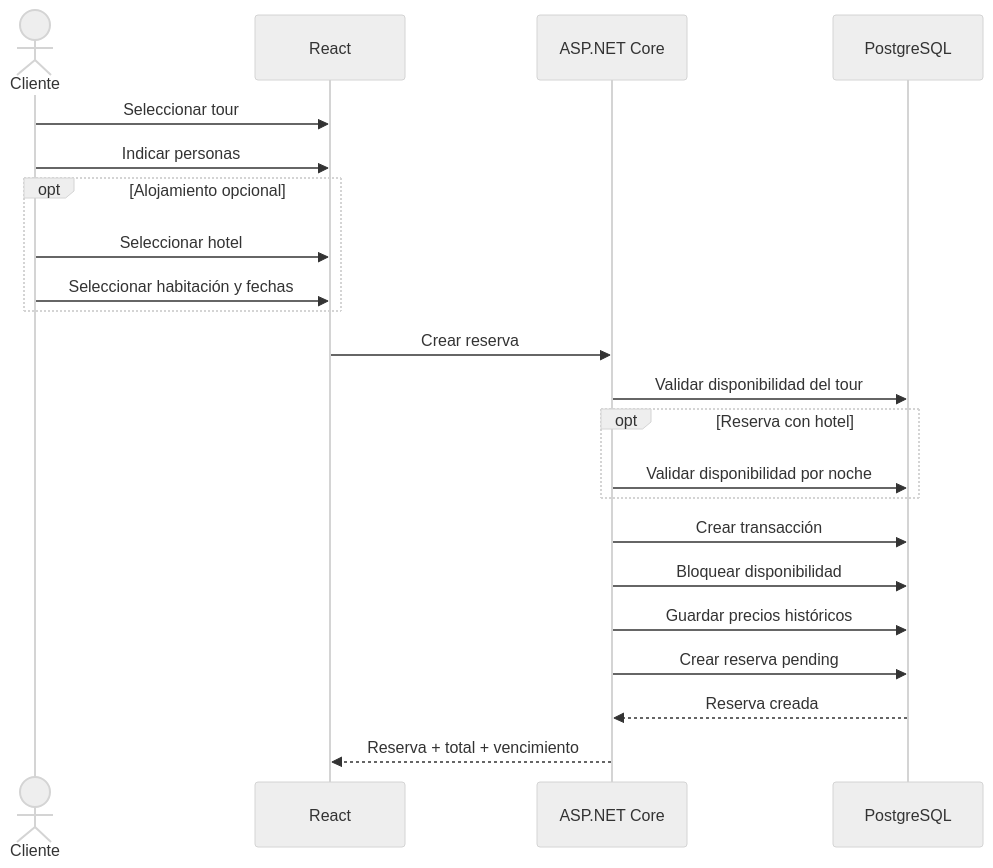
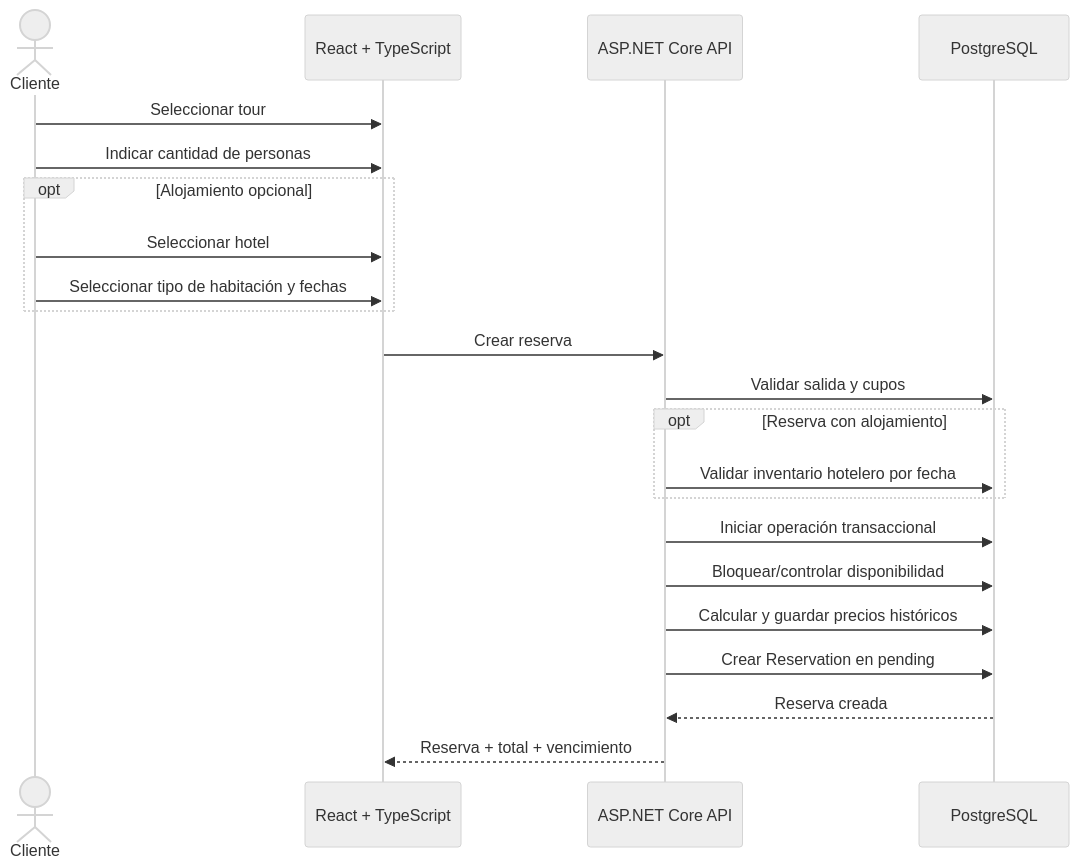
Before and after one commit to AiColleman/DMGoTravell: the third of 5 diagrams in README.md, drawn with Mermaid (neutral theme). The commit also changed other lines of this file, not shown here.

Commit message:
fix: update README.md for clarity and completeness in project description, objectives, and architecture details

````diff
--- a/README.md
+++ b/README.md
@@ -429,33 +437,31 @@
 ```mermaid
 sequenceDiagram
 
     actor Cliente
-    participant React
-    participant API as ASP.NET Core
+    participant Front as React + TypeScript
+    participant API as ASP.NET Core API
     participant DB as PostgreSQL
 
-    Cliente->>React: Seleccionar tour
-    Cliente->>React: Indicar personas
+    Cliente->>Front: Seleccionar tour
+    Cliente->>Front: Indicar cantidad de personas
 
     opt Alojamiento opcional
-        Cliente->>React: Seleccionar hotel
-        Cliente->>React: Seleccionar habitación y fechas
+        Cliente->>Front: Seleccionar hotel
+        Cliente->>Front: Seleccionar tipo de habitación y fechas
     end
 
-    React->>API: Crear reserva
+    Front->>API: Crear reserva
+    API->>DB: Validar salida y cupos
 
-    API->>DB: Validar disponibilidad del tour
-
-    opt Reserva con hotel
-        API->>DB: Validar disponibilidad por noche
+    opt Reserva con alojamiento
+        API->>DB: Validar inventario hotelero por fecha
     end
 
-    API->>DB: Crear transacción
-
-    API->>DB: Bloquear disponibilidad
-    API->>DB: Guardar precios históricos
-    API->>DB: Crear reserva pending
+    API->>DB: Iniciar operación transaccional
+    API->>DB: Bloquear/controlar disponibilidad
+    API->>DB: Calcular y guardar precios históricos
+    API->>DB: Crear Reservation en pending
 
     DB-->>API: Reserva creada
-    API-->>React: Reserva + total + vencimiento
+    API-->>Front: Reserva + total + vencimiento
 ```
````
